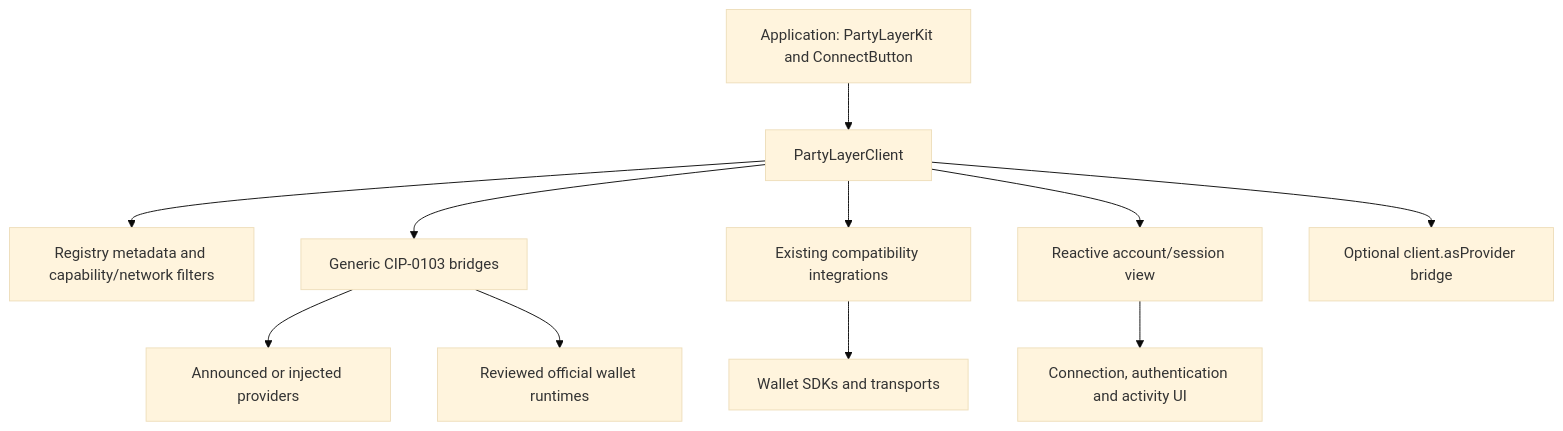
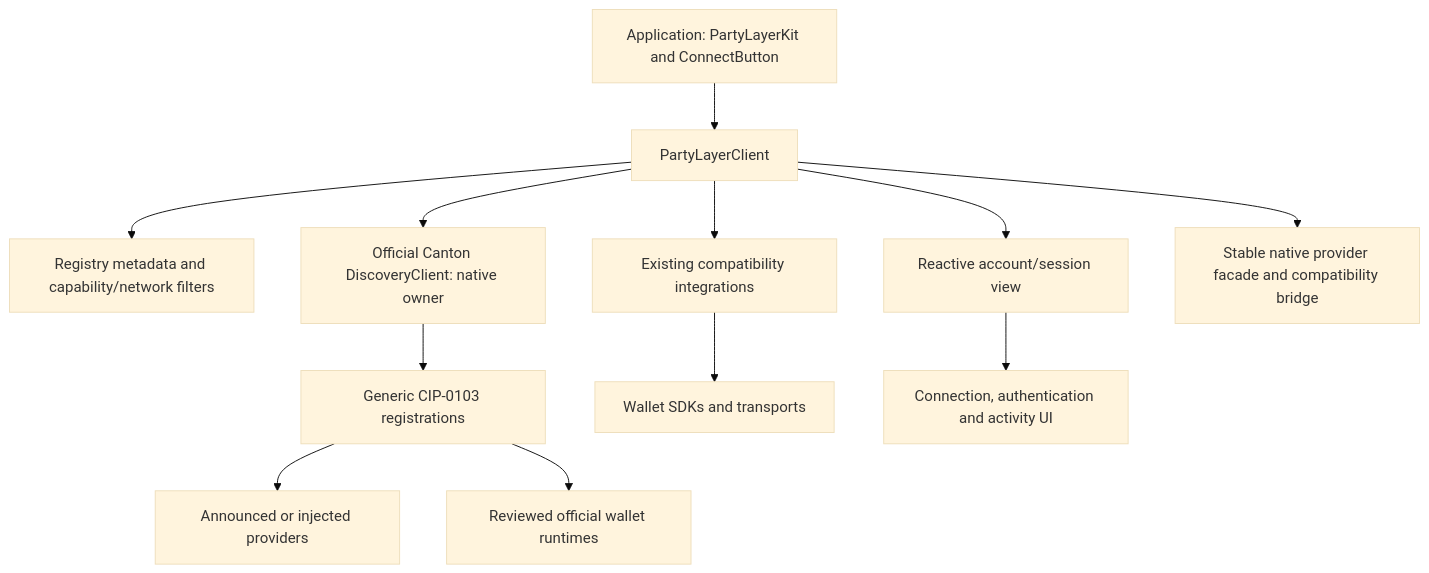
Before and after one commit to PartyLayer/PartyLayer: the diagram in docs/architecture.md, drawn with Mermaid (base theme). The commit also changed other lines of this file and 40 other files, not shown here.

Commit message:
feat: use official discovery for native wallet sessions

````diff
--- a/docs/architecture.md
+++ b/docs/architecture.md
@@ -12,13 +12,14 @@
 ```mermaid
 flowchart TD
   App[Application: PartyLayerKit and ConnectButton] --> Client[PartyLayerClient]
   Client --> Registry[Registry metadata and capability/network filters]
-  Client --> Generic[Generic CIP-0103 bridges]
+  Client --> Owner[Official Canton DiscoveryClient: native owner]
+  Owner --> Generic[Generic CIP-0103 registrations]
   Client --> Compatibility[Existing compatibility integrations]
   Generic --> Native[Announced or injected providers]
   Generic --> Official[Reviewed official wallet runtimes]
   Compatibility --> Vendors[Wallet SDKs and transports]
   Client --> View[Reactive account/session view]
   View --> UI[Connection, authentication and activity UI]
-  Client --> Bridge[Optional client.asProvider bridge]
+  Client --> Bridge[Stable native provider facade and compatibility bridge]
 ```
````
